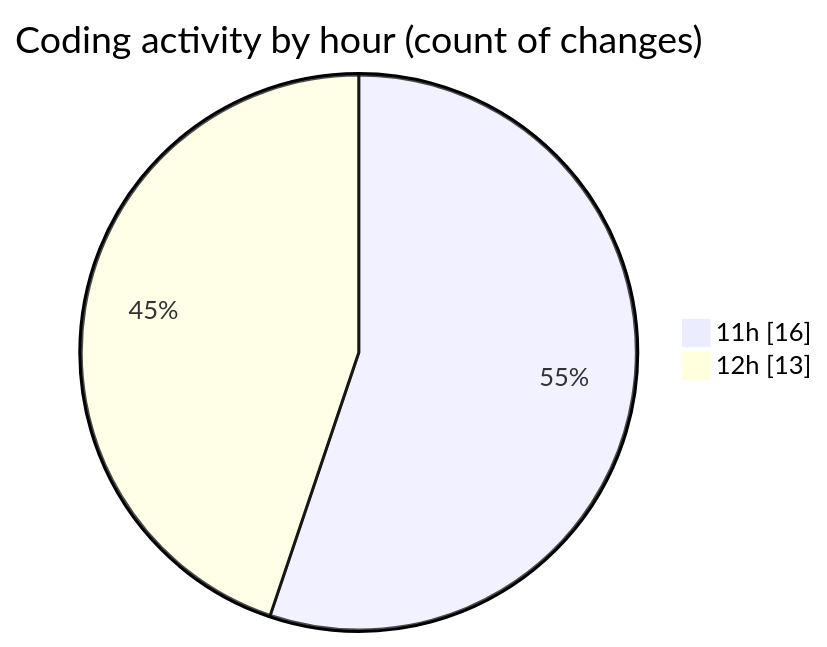
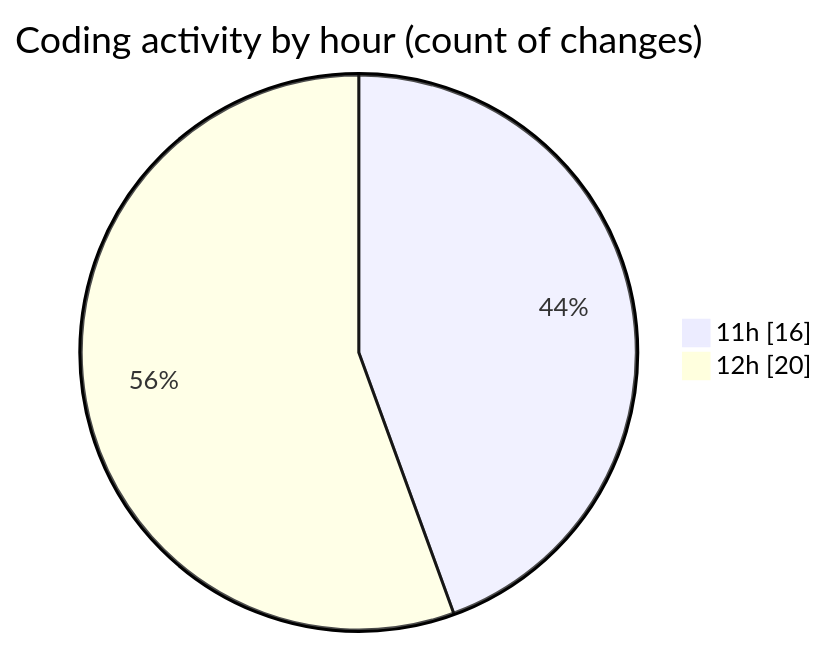
One commit to donsfak/code-tracking changed the second of 2 diagrams in 2025-03-25/wordle/README.md. Above: the diagram before and after it, drawn with Mermaid. The commit also changed other lines of this file and 1 other file, not shown here.

````diff
--- a/2025-03-25/wordle/README.md
+++ b/2025-03-25/wordle/README.md
@@ -33,6 +34,6 @@
 ```mermaid
 pie showData
 title Coding activity by hour (count of changes)
 "11h" : 16
-"12h" : 13
+"12h" : 20
 ```
````
